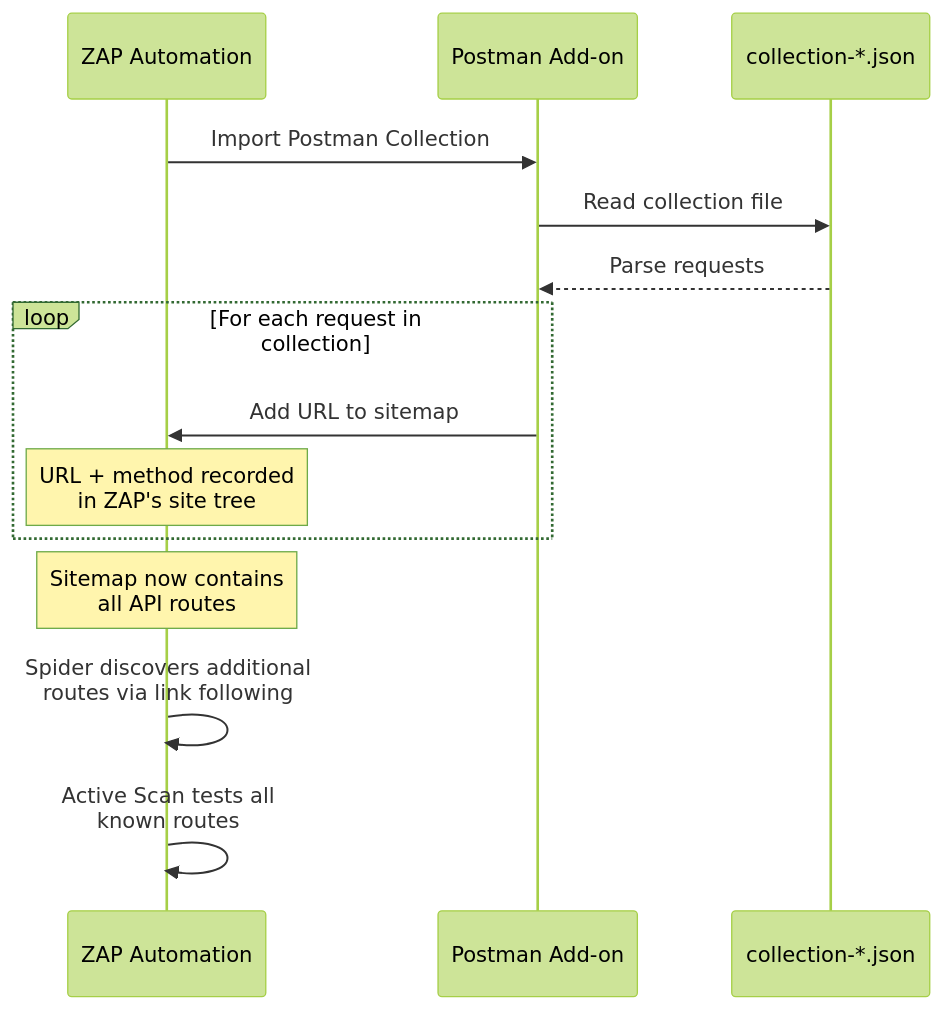
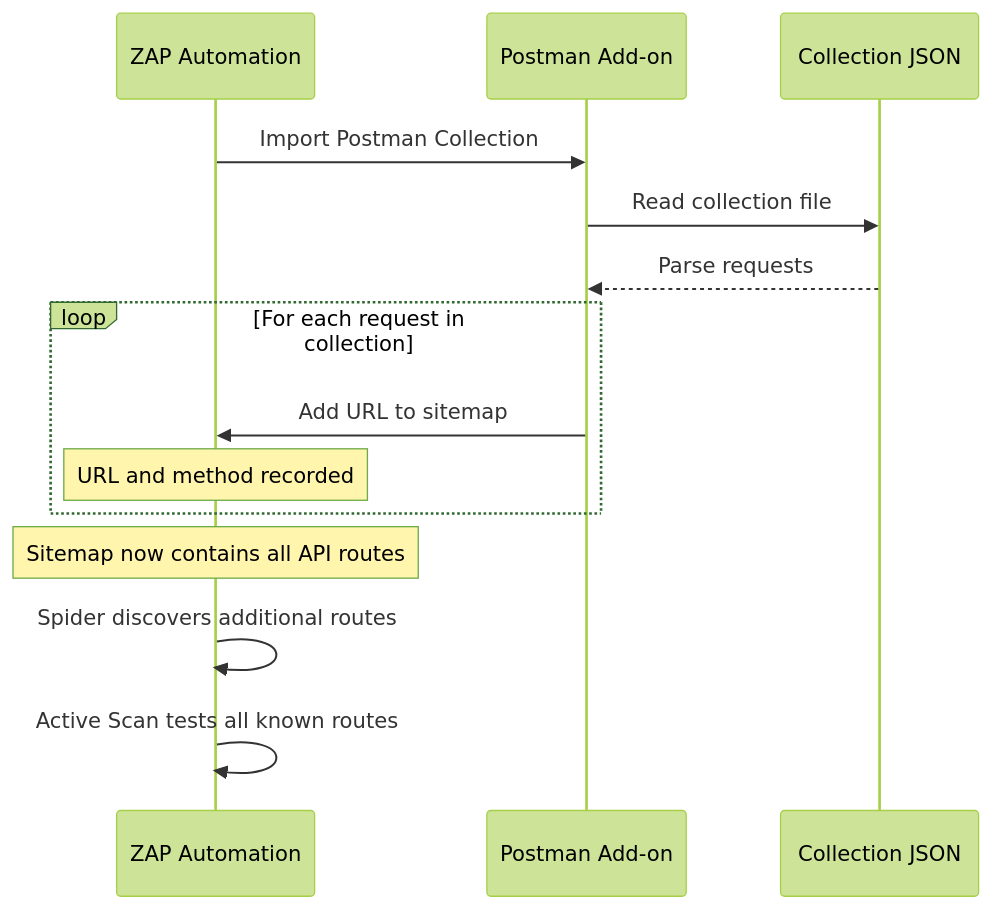
The second of 2 diagrams in docs/05-postman-collections.md (shubbbbyyyy/DASTSCANNER), drawn with Mermaid (forest theme) before and after one commit. The commit also changed other lines of this file and 6 other files, not shown here.

First line of the commit message:
Fix Mermaid rendering issues across all docs

````diff
--- a/docs/05-postman-collections.md
+++ b/docs/05-postman-collections.md
@@ -127,19 +127,19 @@
 ```mermaid
 sequenceDiagram
     participant ZAP as ZAP Automation
     participant PM as Postman Add-on
-    participant COL as collection-*.json
+    participant COL as Collection JSON
 
     ZAP->>PM: Import Postman Collection
     PM->>COL: Read collection file
     COL-->>PM: Parse requests
 
     loop For each request in collection
         PM->>ZAP: Add URL to sitemap
-        Note over ZAP: URL + method recorded<br/>in ZAP's site tree
+        Note over ZAP: URL and method recorded
     end
 
-    Note over ZAP: Sitemap now contains<br/>all API routes
-    ZAP->>ZAP: Spider discovers additional<br/>routes via link following
-    ZAP->>ZAP: Active Scan tests all<br/>known routes
+    Note over ZAP: Sitemap now contains all API routes
+    ZAP->>ZAP: Spider discovers additional routes
+    ZAP->>ZAP: Active Scan tests all known routes
 ```
````
